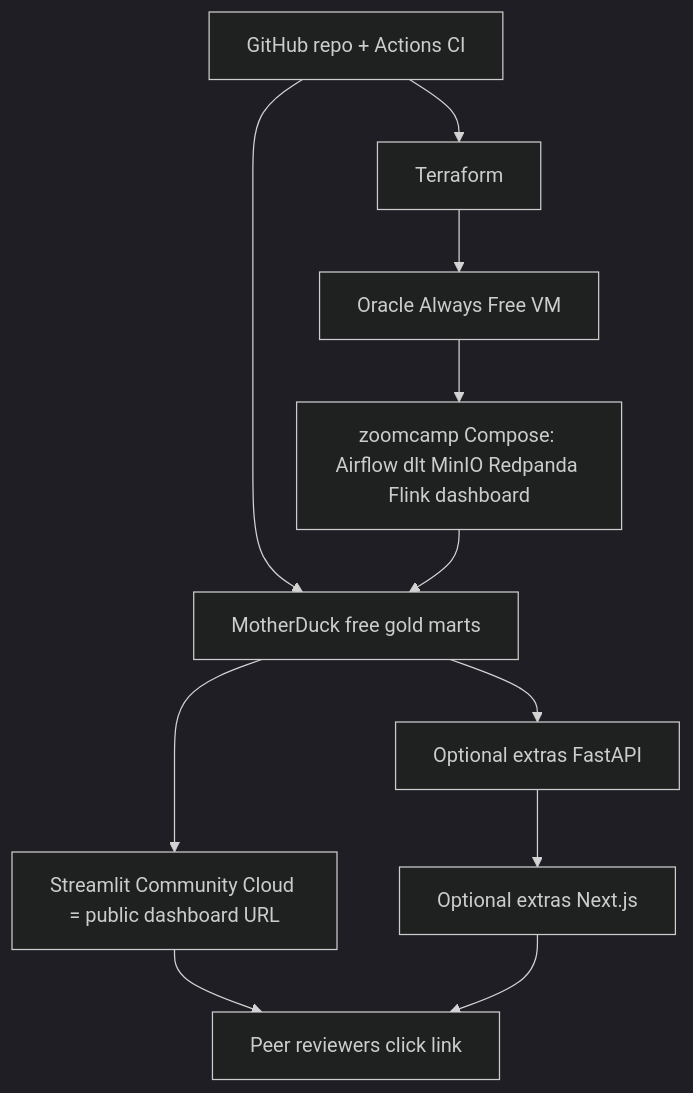
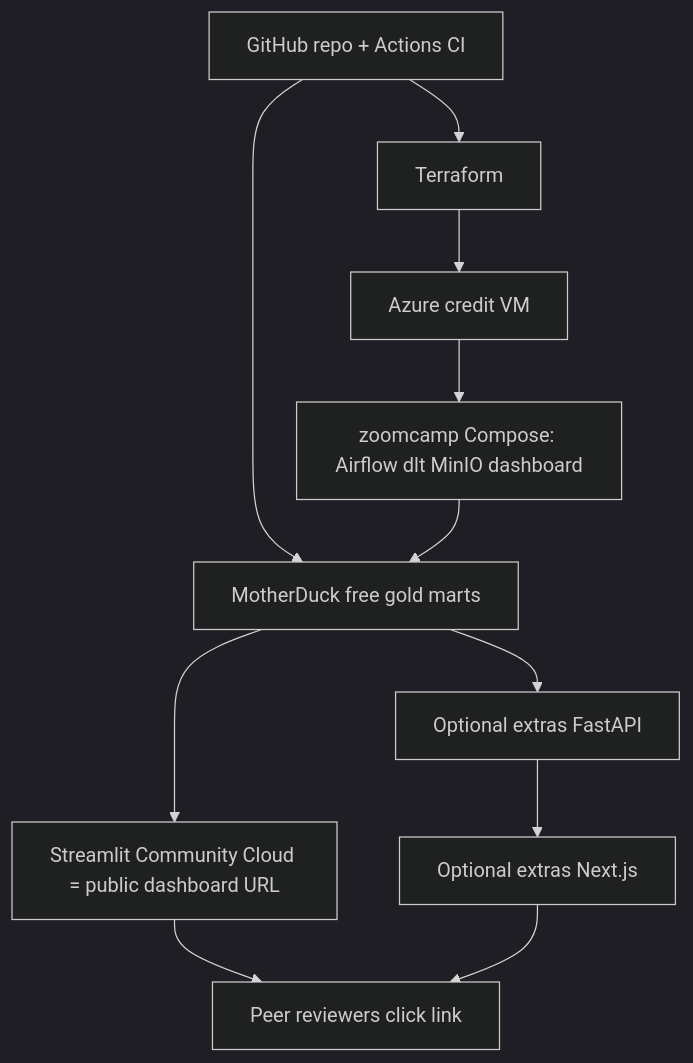
Before and after one commit to ZakariaeJaafari/transitpulse-london-ops-dashboard: the fourth of 4 diagrams in docs/diagrams.md, drawn with Mermaid (dark theme). The commit also changed other lines of this file and 35 other files, not shown here.

````diff
--- a/docs/diagrams.md
+++ b/docs/diagrams.md
@@ -125,13 +125,13 @@
 ```mermaid
 flowchart TD
   REPO[GitHub repo + Actions CI] --> MD[MotherDuck free gold marts]
   MD --> SC[Streamlit Community Cloud = public dashboard URL]
   MD --> FA[Optional extras FastAPI]
   FA --> NX[Optional extras Next.js]
   REPO --> TF[Terraform]
-  TF --> OCI[Oracle Always Free VM]
-  OCI --> COMPOSE["zoomcamp Compose: Airflow dlt MinIO Redpanda Flink dashboard"]
+  TF --> AZ[Azure credit VM]
+  AZ --> COMPOSE["zoomcamp Compose: Airflow dlt MinIO dashboard"]
   COMPOSE --> MD
   SC --> PEERS[Peer reviewers click link]
   NX --> PEERS
 ```
````
